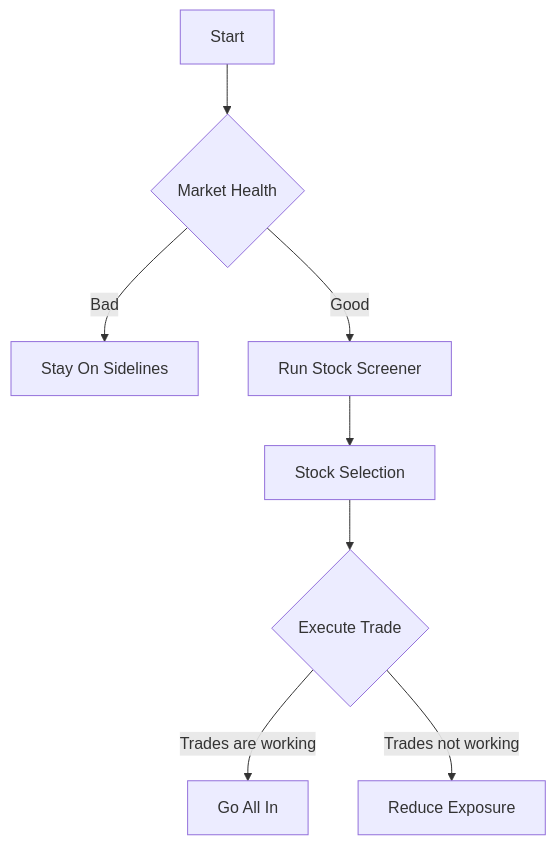
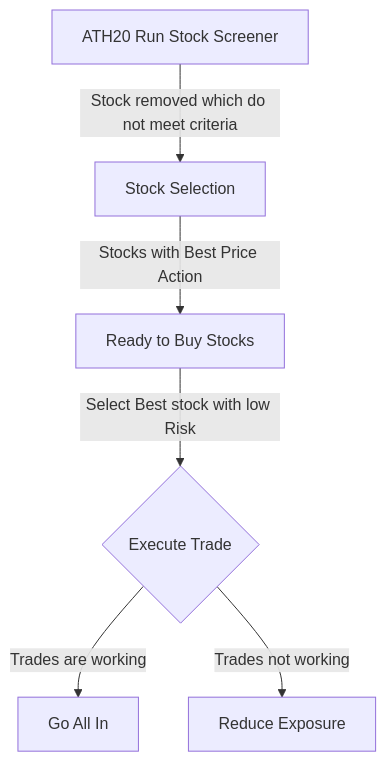
The second of 2 diagrams in docs/Trading Process/index.md (NodesAutomations/Trade), drawn with Mermaid before and after one commit. The commit also changed other lines of this file and 1 other file, not shown here.

Commit message:
Trading process chart updated

````diff
--- a/docs/Trading Process/index.md
+++ b/docs/Trading Process/index.md
@@ -8,10 +20,9 @@
 ```mermaid
 graph TD
-    Start --> MH{Market Health}
-    MH --Bad--> StayOnSideLine[Stay On Sidelines]
-    MH --Good--> StockScreener[Run Stock Screener]
-    StockScreener --> StockSelection[Stock Selection]
-    StockSelection--> ExecuteTrade{Execute Trade}
+    StockScreener[ATH20 Run Stock Screener]
+    StockScreener--Stock removed which do not meet criteria--> StockSelection[Stock Selection]
+    StockSelection--Stocks with Best Price Action--> ReadyToBuyStocks[Ready to Buy Stocks]
+    ReadyToBuyStocks--Select Best stock with low Risk--> ExecuteTrade{Execute Trade}
     ExecuteTrade --Trades are working--> PositionSizing[Go All In]
     ExecuteTrade --Trades not working--> ReduceExposure[Reduce Exposure]
 ```
````
